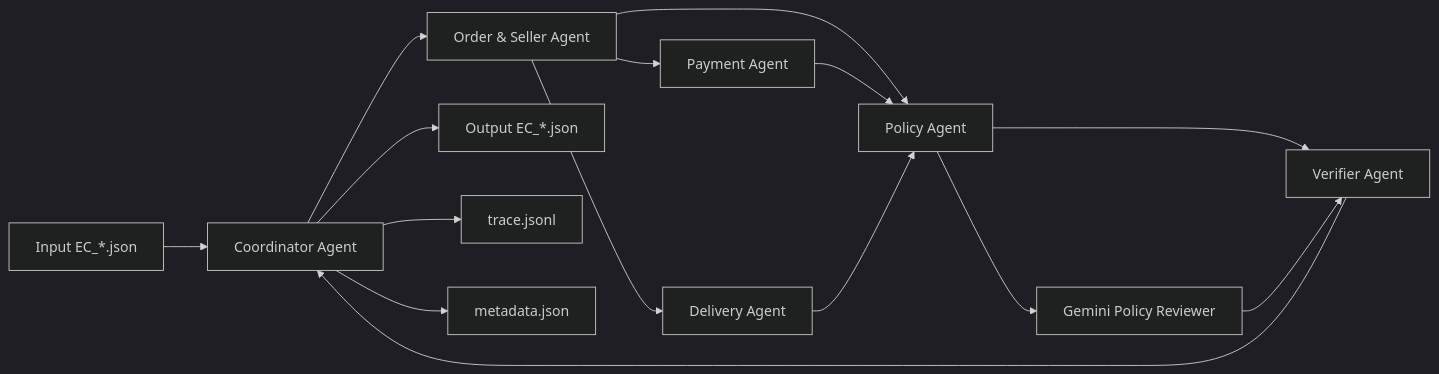
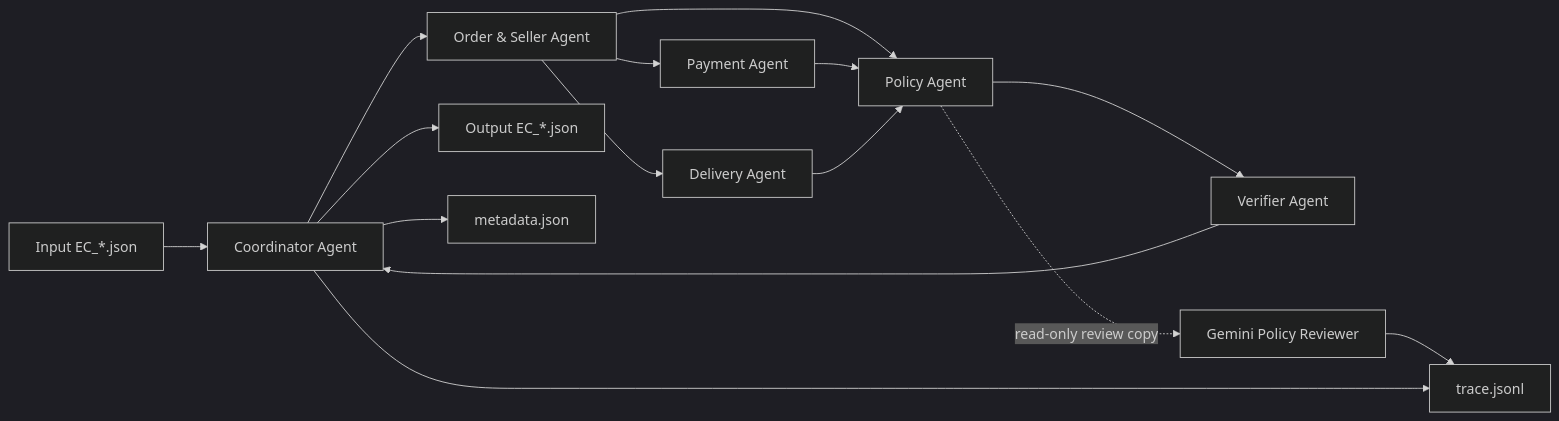
Before and after one commit to dDxCg/K3-Day9-Multi-Agent-A2A: the diagram in architecture.md, drawn with Mermaid (dark theme). The commit also changed other lines of this file and 57 other files, not shown here.

````diff
--- a/architecture.md
+++ b/architecture.md
@@ -19,17 +19,17 @@
 ```mermaid
 flowchart LR
     I[Input EC_*.json] --> C[Coordinator Agent]
     C --> O[Order & Seller Agent]
     O --> P[Payment Agent]
     O --> D[Delivery Agent]
     O --> R[Policy Agent]
     P --> R
     D --> R
-    R --> L[Gemini Policy Reviewer]
     R --> V[Verifier Agent]
-    L --> V
+    R -. read-only review copy .-> L[Gemini Policy Reviewer]
+    L --> T
     V --> C
     C --> J[Output EC_*.json]
     C --> T[trace.jsonl]
     C --> M[metadata.json]
 ```
````
